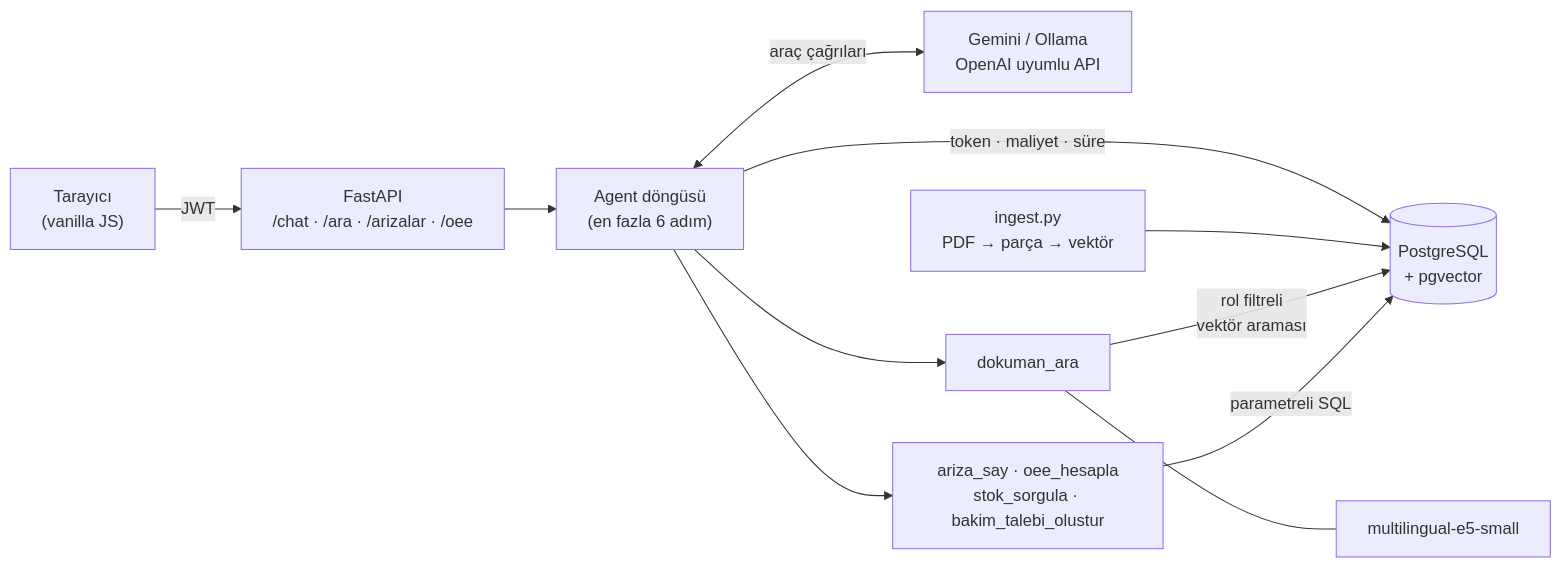
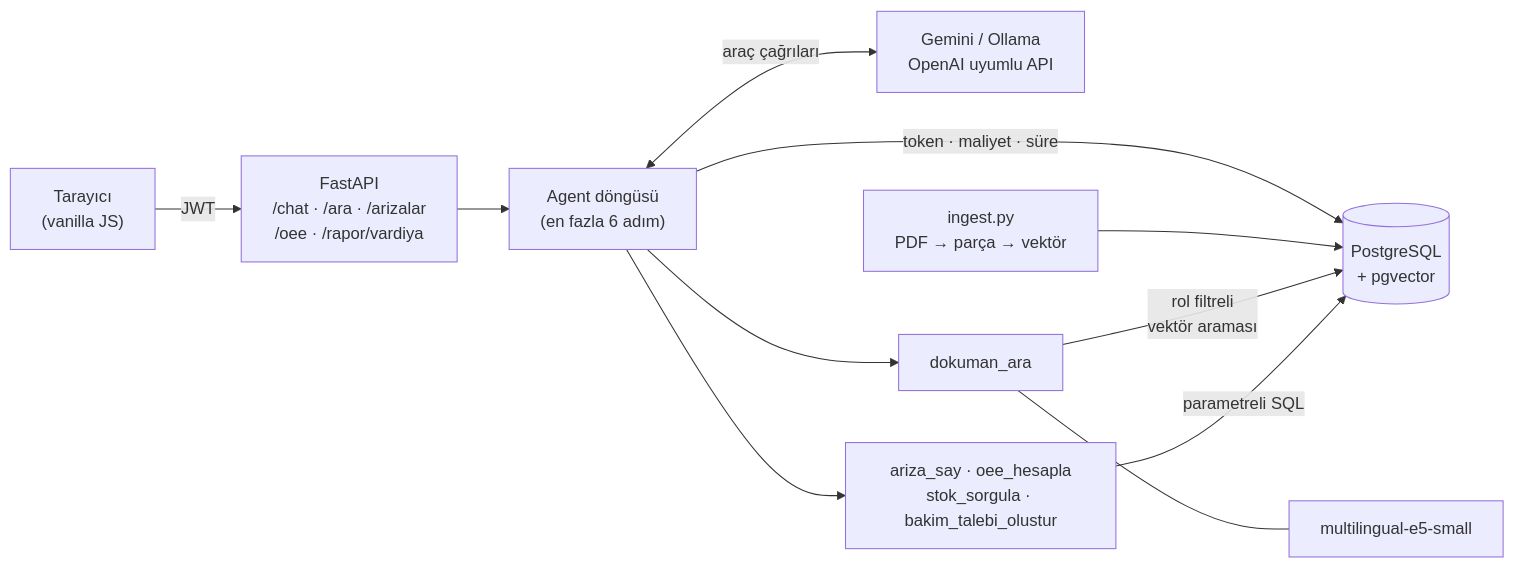
One commit to omer1916/andon changed the diagram in README.md. Above: the diagram before and after it, drawn with Mermaid. The commit also changed other lines of this file and 15 other files, not shown here.

````diff
--- a/README.md
+++ b/README.md
@@ -40,13 +45,13 @@
 ```mermaid
 flowchart LR
-    K["Tarayıcı<br/>(vanilla JS)"] -->|JWT| API["FastAPI<br/>/chat · /ara · /arizalar · /oee"]
+    K["Tarayıcı<br/>(vanilla JS)"] -->|JWT| API["FastAPI<br/>/chat · /ara · /arizalar<br/>/oee · /rapor/vardiya"]
     API --> AG["Agent döngüsü<br/>(en fazla 6 adım)"]
     AG <-->|"araç çağrıları"| LLM["Gemini / Ollama<br/>OpenAI uyumlu API"]
     AG --> T1["ariza_say · oee_hesapla<br/>stok_sorgula · bakim_talebi_olustur"]
     AG --> T2["dokuman_ara"]
     T1 -->|"parametreli SQL"| PG[("PostgreSQL<br/>+ pgvector")]
     T2 -->|"rol filtreli<br/>vektör araması"| PG
     T2 --- EMB["multilingual-e5-small"]
     ING["ingest.py<br/>PDF → parça → vektör"] --> PG
     AG -->|"token · maliyet · süre"| PG
 ```
````
